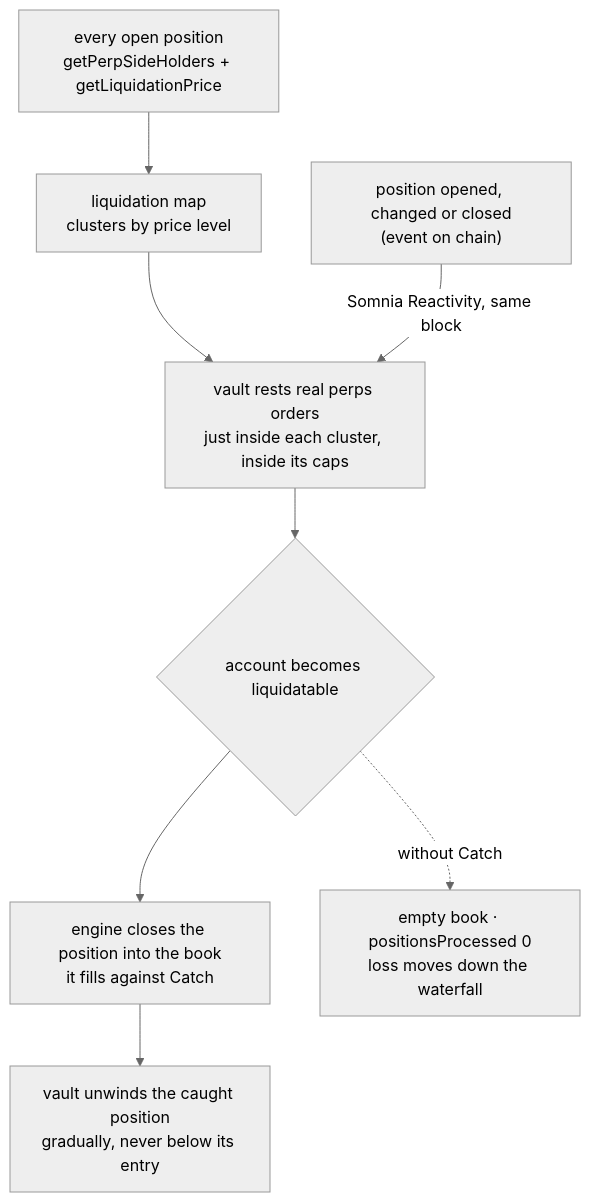
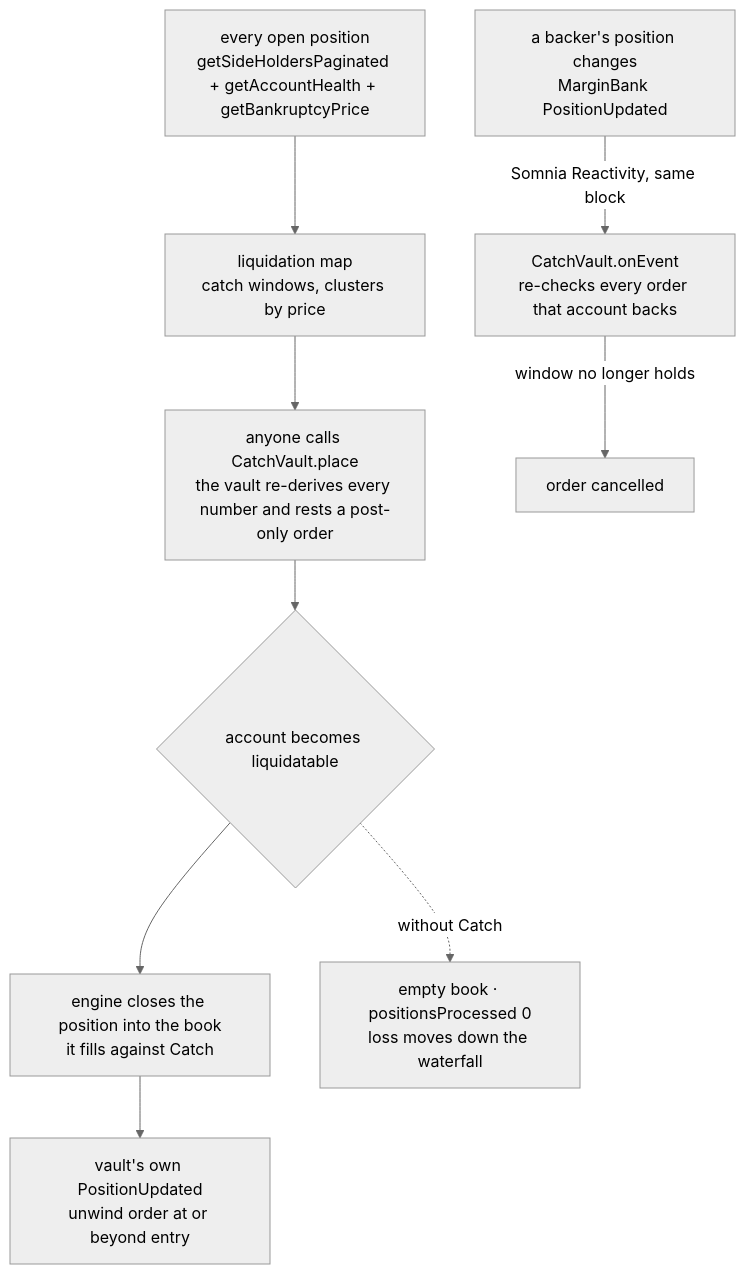
One commit to subheeksh5599/catch changed the diagram in README.md. Above: the diagram before and after it, drawn with Mermaid (neutral theme). The commit also changed other lines of this file, not shown here.

````diff
--- a/README.md
+++ b/README.md
@@ -42,10 +36,11 @@
 ```mermaid
 flowchart TD
-    A["every open position<br/>getPerpSideHolders + getLiquidationPrice"] --> B["liquidation map<br/>clusters by price level"]
-    B --> C["vault rests real perps orders<br/>just inside each cluster, inside its caps"]
-    D["position opened, changed or closed<br/>(event on chain)"] -->|Somnia Reactivity, same block| C
-    C --> E{"account becomes liquidatable"}
-    E --> F["engine closes the position into the book<br/>it fills against Catch"]
-    F --> G["vault unwinds the caught position<br/>gradually, never below its entry"]
-    E -. without Catch .-> H["empty book · positionsProcessed 0<br/>loss moves down the waterfall"]
+    A["every open position<br/>getSideHoldersPaginated + getAccountHealth + getBankruptcyPrice"] --> B["liquidation map<br/>catch windows, clusters by price"]
+    B --> C["anyone calls CatchVault.place<br/>the vault re-derives every number and rests a post-only order"]
+    D["a backer's position changes<br/>MarginBank PositionUpdated"] -->|Somnia Reactivity, same block| E["CatchVault.onEvent<br/>re-checks every order that account backs"]
+    E -->|window no longer holds| X["order cancelled"]
+    C --> F{"account becomes liquidatable"}
+    F --> G["engine closes the position into the book<br/>it fills against Catch"]
+    G --> H["vault's own PositionUpdated<br/>unwind order at or beyond entry"]
+    F -. without Catch .-> I["empty book · positionsProcessed 0<br/>loss moves down the waterfall"]
 ```
````
